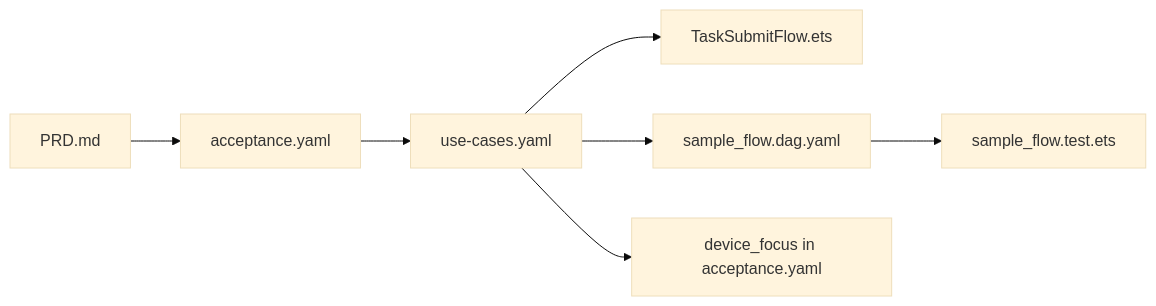
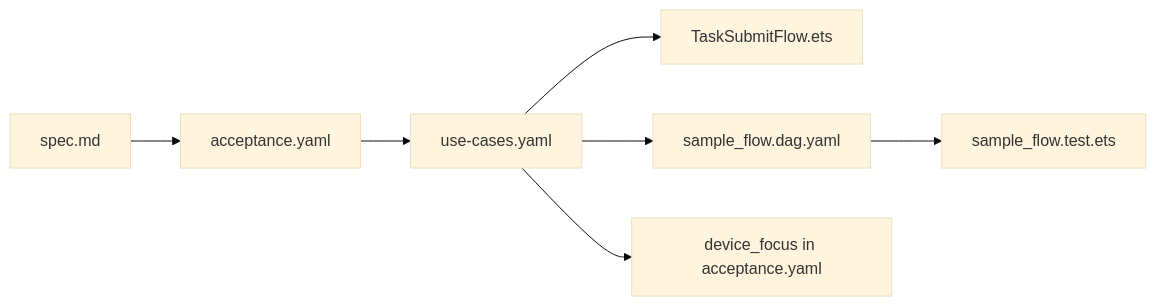
The diagram in framework/profiles/hmos-app/skills/business-ut/examples/sample-flow/README.md (sqsqsq/SimulatedWalletForHmos), drawn with Mermaid (base theme) before and after one commit. The commit also changed other lines of this file and 280 other files, not shown here.

````diff
--- a/framework/profiles/hmos-app/skills/business-ut/examples/sample-flow/README.md
+++ b/framework/profiles/hmos-app/skills/business-ut/examples/sample-flow/README.md
@@ -22,9 +22,9 @@
 ```mermaid
 flowchart LR
-  PRD[PRD.md] --> AC[acceptance.yaml]
+  SPEC[spec.md] --> AC[acceptance.yaml]
   AC --> UC[use-cases.yaml]
   UC --> FLOW[TaskSubmitFlow.ets]
   UC --> DAG[sample_flow.dag.yaml]
   DAG --> UT[sample_flow.test.ets]
   UC --> ACC[device_focus in acceptance.yaml]
 ```
````
